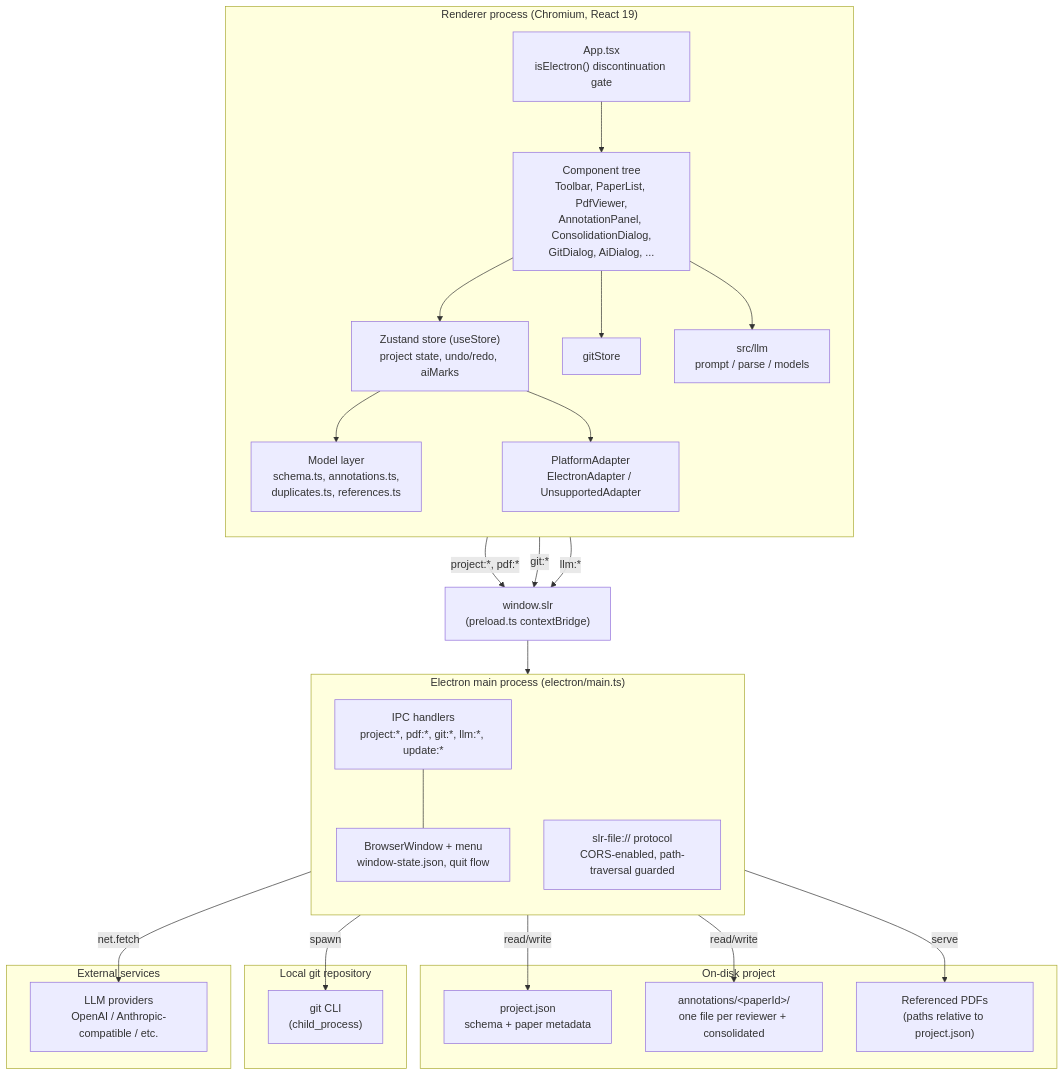
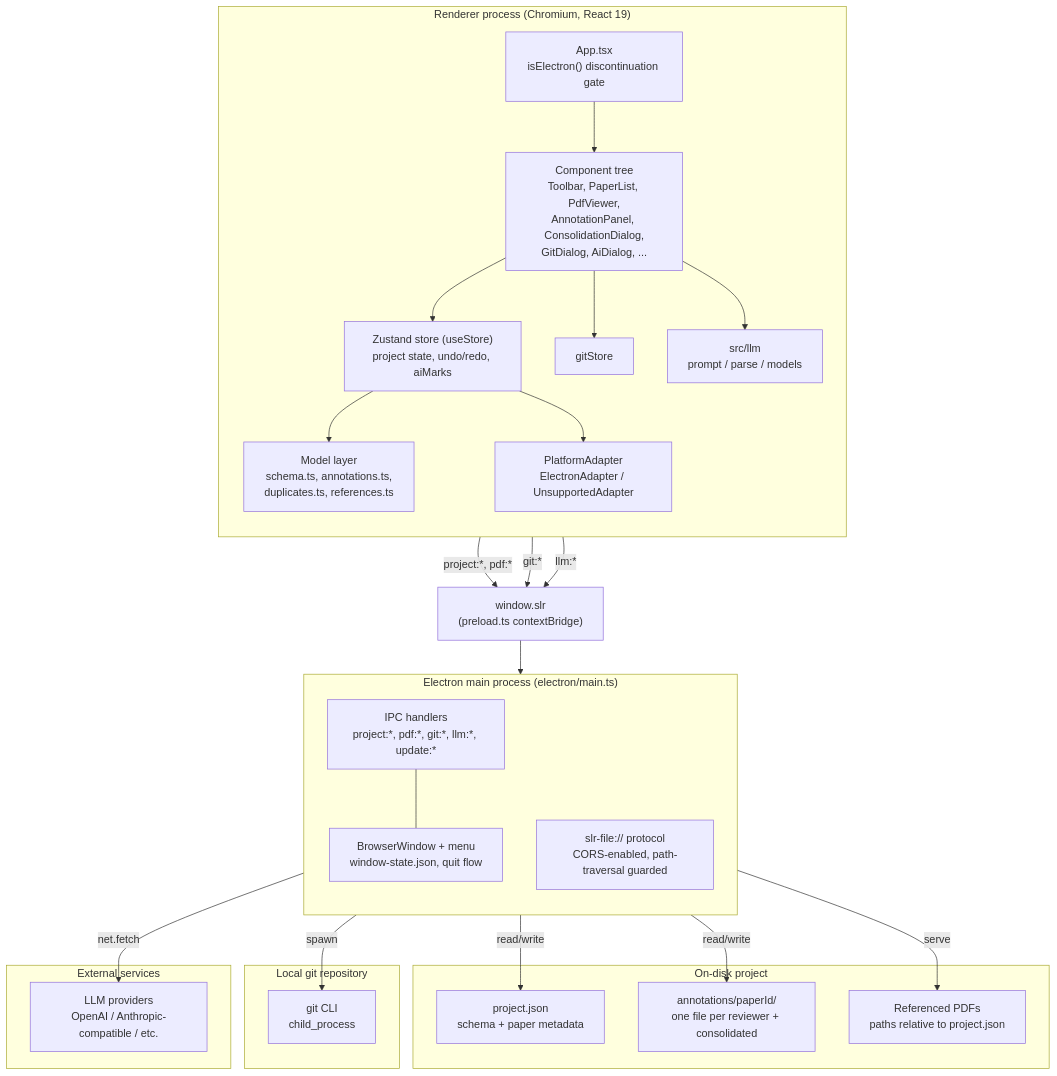
One commit to Gram21/SaiLoR changed the first of 3 diagrams in openwiki/architecture.md. Above: the diagram before and after it, drawn with Mermaid. The commit also changed other lines of this file and 5 other files, not shown here.

````diff
--- a/openwiki/architecture.md
+++ b/openwiki/architecture.md
@@ -39,56 +39,74 @@
 ```mermaid
 flowchart TB
     subgraph Renderer["Renderer process (Chromium, React 19)"]
         direction TB
-        App["App.tsx<br/>isElectron() discontinuation gate"]
-        Components["Component tree<br/>Toolbar, PaperList, PdfViewer,<br/>AnnotationPanel, ConsolidationDialog,<br/>GitDialog, AiDialog, ..."]
-        Store["Zustand store (useStore)<br/>project state, undo/redo, aiMarks"]
-        Model["Model layer<br/>schema.ts, annotations.ts,<br/>duplicates.ts, references.ts"]
+        App["App.tsx
+isElectron() discontinuation gate"]
+        Components["Component tree
+Toolbar, PaperList, PdfViewer,
+AnnotationPanel, ConsolidationDialog,
+GitDialog, AiDialog, ..."]
+        Store["Zustand store (useStore)
+project state, undo/redo, aiMarks"]
+        Model["Model layer
+schema.ts, annotations.ts,
+duplicates.ts, references.ts"]
         GitStore["gitStore"]
-        Llm["src/llm<br/>prompt / parse / models"]
-        Platform["PlatformAdapter<br/>ElectronAdapter / UnsupportedAdapter"]
+        Llm["src/llm
+prompt / parse / models"]
+        Platform["PlatformAdapter
+ElectronAdapter / UnsupportedAdapter"]
 
         App --> Components
         Components --> Store
         Store --> Model
         Components --> GitStore
         Components --> Llm
         Store --> Platform
     end
 
-    Bridge["window.slr<br/>(preload.ts contextBridge)"]
+    Bridge["window.slr
+(preload.ts contextBridge)"]
 
     Platform -->|"project:*, pdf:*"| Bridge
     GitStore -->|"git:*"| Bridge
     Llm -->|"llm:*"| Bridge
 
     subgraph Main["Electron main process (electron/main.ts)"]
         direction TB
-        IPC["IPC handlers<br/>project:*, pdf:*, git:*, llm:*, update:*"]
-        Protocol["slr-file:// protocol<br/>CORS-enabled, path-traversal guarded"]
-        Window["BrowserWindow + menu<br/>window-state.json, quit flow"]
+        IPC["IPC handlers
+project:*, pdf:*, git:*, llm:*, update:*"]
+        Protocol["slr-file:// protocol
+CORS-enabled, path-traversal guarded"]
+        Window["BrowserWindow + menu
+window-state.json, quit flow"]
     end
 
     Bridge --> IPC
     IPC --- Window
 
     subgraph Disk["On-disk project"]
-        ProjectJson["project.json<br/>schema + paper metadata"]
-        Annotations["annotations/&lt;paperId&gt;/<br/>one file per reviewer + consolidated"]
-        Pdfs["Referenced PDFs<br/>(paths relative to project.json)"]
+        ProjectJson["project.json
+schema + paper metadata"]
+        Annotations["annotations/paperId/
+one file per reviewer + consolidated"]
+        Pdfs["Referenced PDFs
+paths relative to project.json"]
     end
 
     subgraph GitRepo["Local git repository"]
-        GitBinary["git CLI<br/>(child_process)"]
+        GitBinary["git CLI
+child_process"]
     end
 
     subgraph External["External services"]
-        LlmProviders["LLM providers<br/>OpenAI / Anthropic-compatible / etc."]
+        LlmProviders["LLM providers
+OpenAI / Anthropic-compatible / etc."]
     end
 
     IPC -->|"read/write"| ProjectJson
     IPC -->|"read/write"| Annotations
     Protocol -->|"serve"| Pdfs
     IPC -->|"spawn"| GitBinary
     IPC -->|"net.fetch"| LlmProviders
 ```
````
